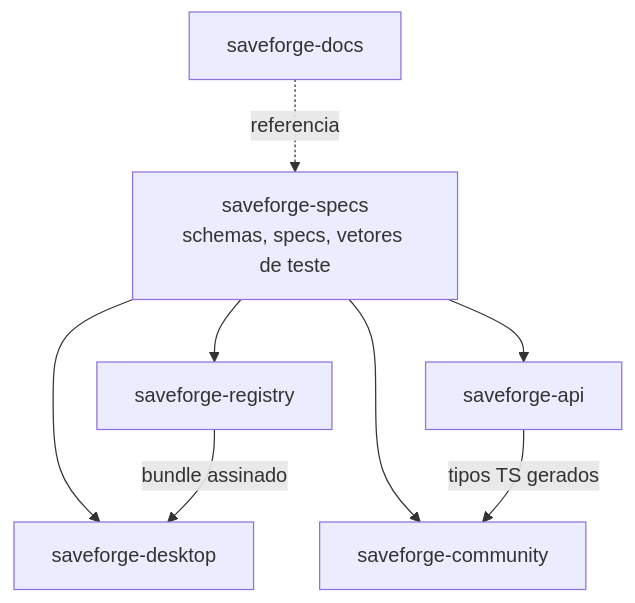
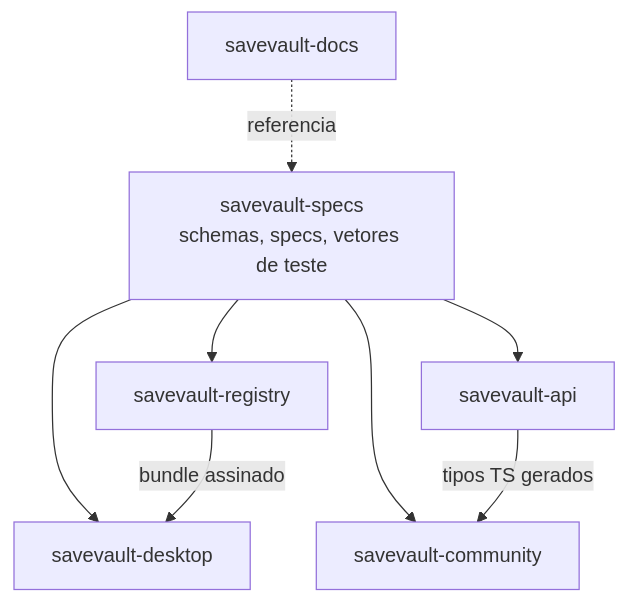
Before and after one commit to BirdRa1n/saveforge-docs: the second of 8 diagrams in planejamento/PLANEJAMENTO-TECNICO.md, drawn with Mermaid. The commit also changed other lines of this file and 11 other files, not shown here.

````diff
--- a/planejamento/PLANEJAMENTO-TECNICO.md
+++ b/planejamento/PLANEJAMENTO-TECNICO.md
@@ -123,13 +123,13 @@
 ```mermaid
 flowchart TB
-    specs["saveforge-specs<br/>schemas, specs, vetores de teste"]
-    desktop["saveforge-desktop"]
-    registry["saveforge-registry"]
-    api["saveforge-api"]
-    community["saveforge-community"]
-    docs["saveforge-docs"]
+    specs["savevault-specs<br/>schemas, specs, vetores de teste"]
+    desktop["savevault-desktop"]
+    registry["savevault-registry"]
+    api["savevault-api"]
+    community["savevault-community"]
+    docs["savevault-docs"]
     specs --> desktop & registry & api & community
     api -->|"tipos TS gerados"| community
     registry -->|"bundle assinado"| desktop
     docs -. "referencia" .-> specs
 ```
````
